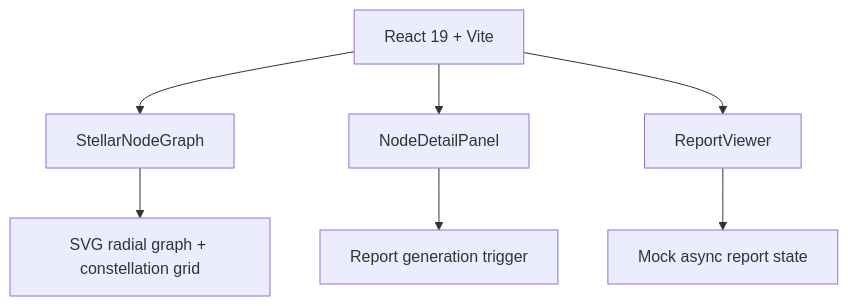
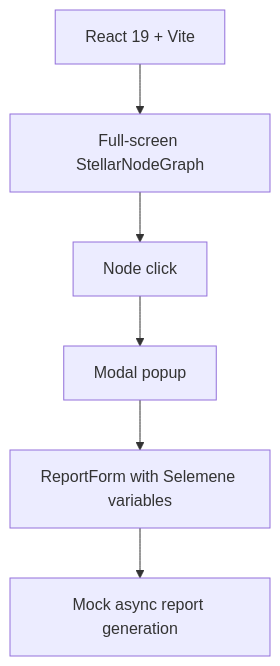
One commit to Sheshiyer/urania-137 changed the diagram in README.md. Above: the diagram before and after it, drawn with Mermaid. The commit also changed other lines of this file and 12 other files, not shown here.

First line of the commit message:
refactor: full-screen stellar node graph with modal input forms

````diff
--- a/README.md
+++ b/README.md
@@ -73,9 +74,8 @@
 ```mermaid
 graph TD
-    A[React 19 + Vite] --> B[StellarNodeGraph]
-    A --> C[NodeDetailPanel]
-    A --> D[ReportViewer]
-    B --> E[SVG radial graph + constellation grid]
-    C --> F[Report generation trigger]
-    D --> G[Mock async report state]
+    A[React 19 + Vite] --> B[Full-screen StellarNodeGraph]
+    B --> C[Node click]
+    C --> D[Modal popup]
+    D --> E[ReportForm with Selemene variables]
+    E --> F[Mock async report generation]
 ```
````
